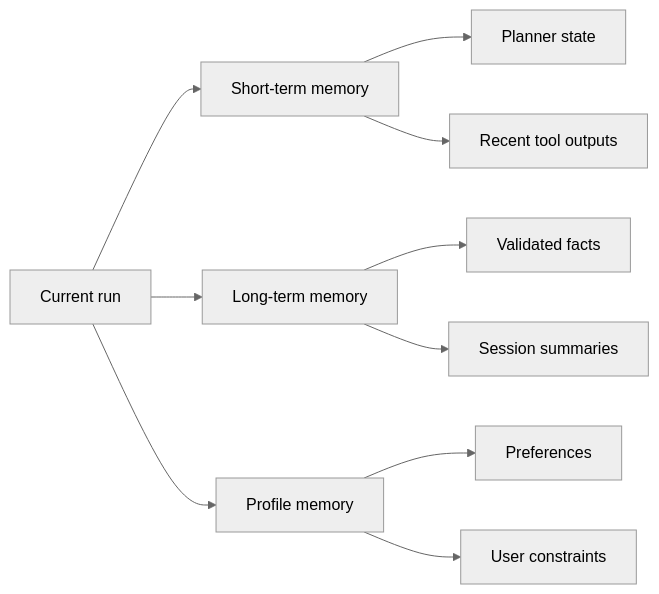
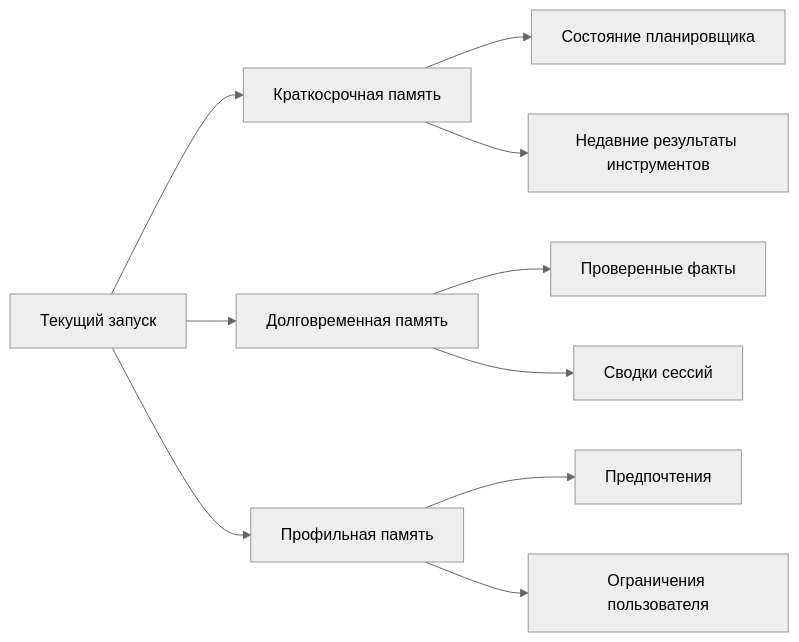
Before and after one commit to agent-axiom/agent-arch: the diagram in docs/book/part-iii/chapter-6.md, drawn with Mermaid (neutral theme). The commit also changed other lines of this file, not shown here.

Commit message:
docs: polish Russian chapter six memory types

````diff
--- a/docs/book/part-iii/chapter-6.md
+++ b/docs/book/part-iii/chapter-6.md
@@ -103,12 +103,12 @@
 ``` mermaid
 flowchart LR
-    A["Current run"] --> B["Short-term memory"]
-    A --> C["Long-term memory"]
-    A --> D["Profile memory"]
-    B --> E["Planner state"]
-    B --> F["Recent tool outputs"]
-    C --> G["Validated facts"]
-    C --> H["Session summaries"]
-    D --> I["Preferences"]
-    D --> J["User constraints"]
+    A["Текущий запуск"] --> B["Краткосрочная память"]
+    A --> C["Долговременная память"]
+    A --> D["Профильная память"]
+    B --> E["Состояние планировщика"]
+    B --> F["Недавние результаты инструментов"]
+    C --> G["Проверенные факты"]
+    C --> H["Сводки сессий"]
+    D --> I["Предпочтения"]
+    D --> J["Ограничения пользователя"]
 ```
````
